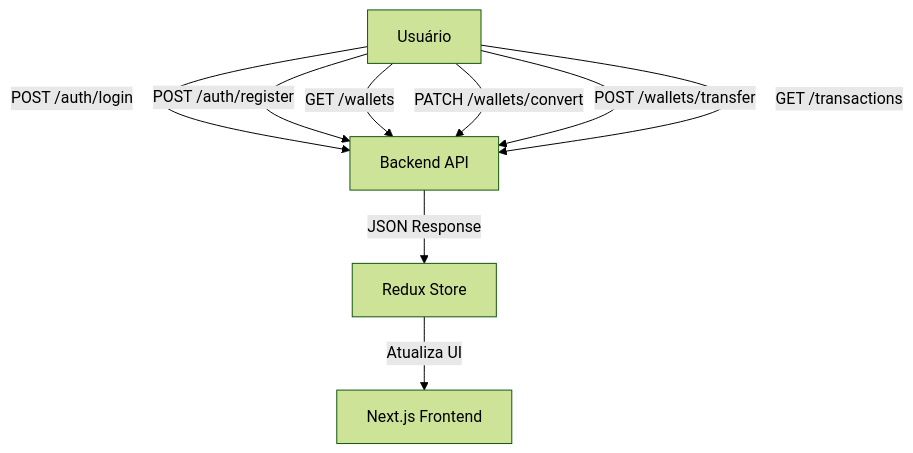
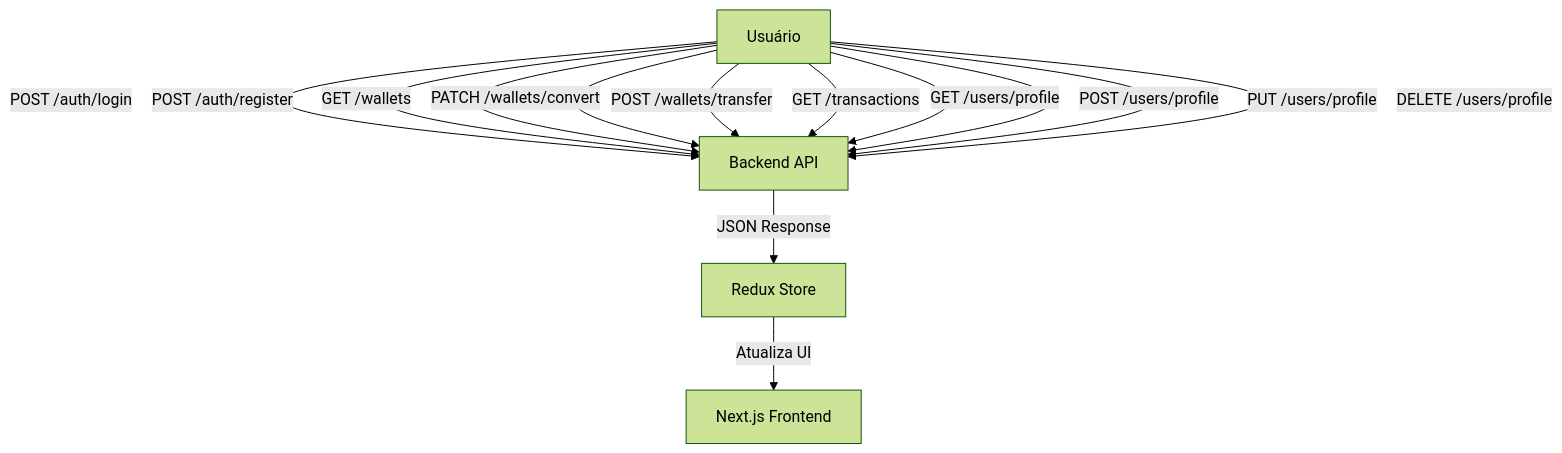
The diagram in README.md (robson-artcode/bankop-front), drawn with Mermaid (forest theme) before and after one commit.

Commit message:
docs/mudança-no-flowchart

````diff
--- a/README.md
+++ b/README.md
@@ -34,11 +34,15 @@
 ```mermaid
 flowchart TD
     A[Usuário] -->|POST /auth/login| B[Backend API]
     A -->|POST /auth/register| B
     A -->|GET /wallets| B
     A -->|PATCH /wallets/convert| B
     A -->|POST /wallets/transfer| B
     A -->|GET /transactions| B
+    A -->|GET /users/profile| B
+    A -->|POST /users/profile| B
+    A -->|PUT /users/profile| B
+    A -->|DELETE /users/profile| B
     B -->|JSON Response| C[Redux Store]
     C -->|Atualiza UI| D[Next.js Frontend]
 ```
````
